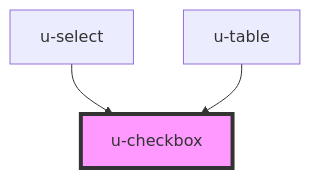
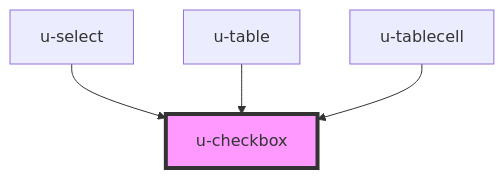
Before and after one commit to theUrbans/uniform: the diagram in src/components/u-checkbox/readme.md, drawn with Mermaid. The commit also changed other lines of this file and 3 other files, not shown here.

````diff
--- a/src/components/u-checkbox/readme.md
+++ b/src/components/u-checkbox/readme.md
@@ -47,6 +48,7 @@
 ```mermaid
 graph TD;
   u-select --> u-checkbox
   u-table --> u-checkbox
+  u-tablecell --> u-checkbox
   style u-checkbox fill:#f9f,stroke:#333,stroke-width:4px
 ```
````
